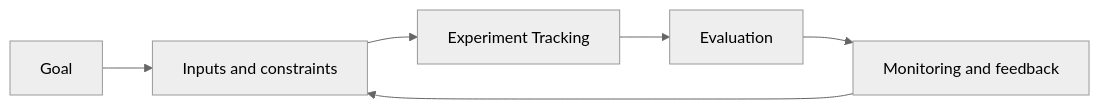
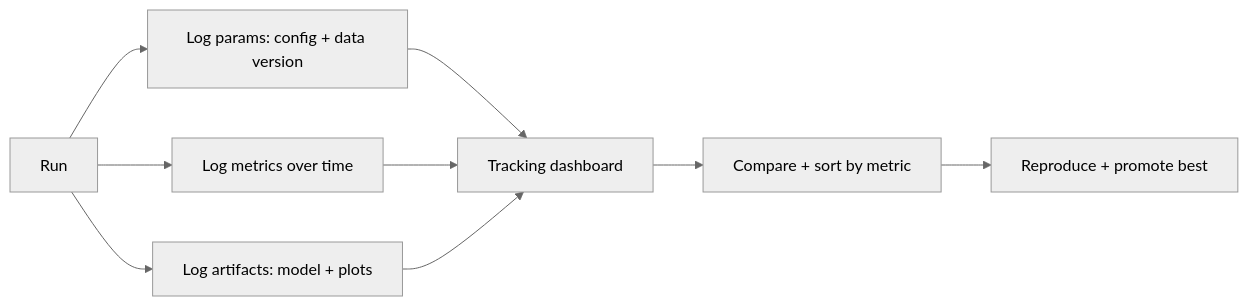
One commit to Icon1cc/Machine-Learning changed the diagram in mlops/04-experiment-tracking.md. Above: the diagram before and after it, drawn with Mermaid (neutral theme). The commit also changed other lines of this file and 118 other files, not shown here.

````diff
--- a/mlops/04-experiment-tracking.md
+++ b/mlops/04-experiment-tracking.md
@@ -93,8 +70,11 @@
 ```mermaid
 flowchart LR
-    A[Goal] --> B[Inputs and constraints]
-    B --> C[Experiment Tracking]
-    C --> D[Evaluation]
-    D --> E[Monitoring and feedback]
-    E --> B
+    A[Run] --> B[Log params: config + data version]
+    A --> C[Log metrics over time]
+    A --> D[Log artifacts: model + plots]
+    B --> E[Tracking dashboard]
+    C --> E
+    D --> E
+    E --> F[Compare + sort by metric]
+    F --> G[Reproduce + promote best]
 ```
````
